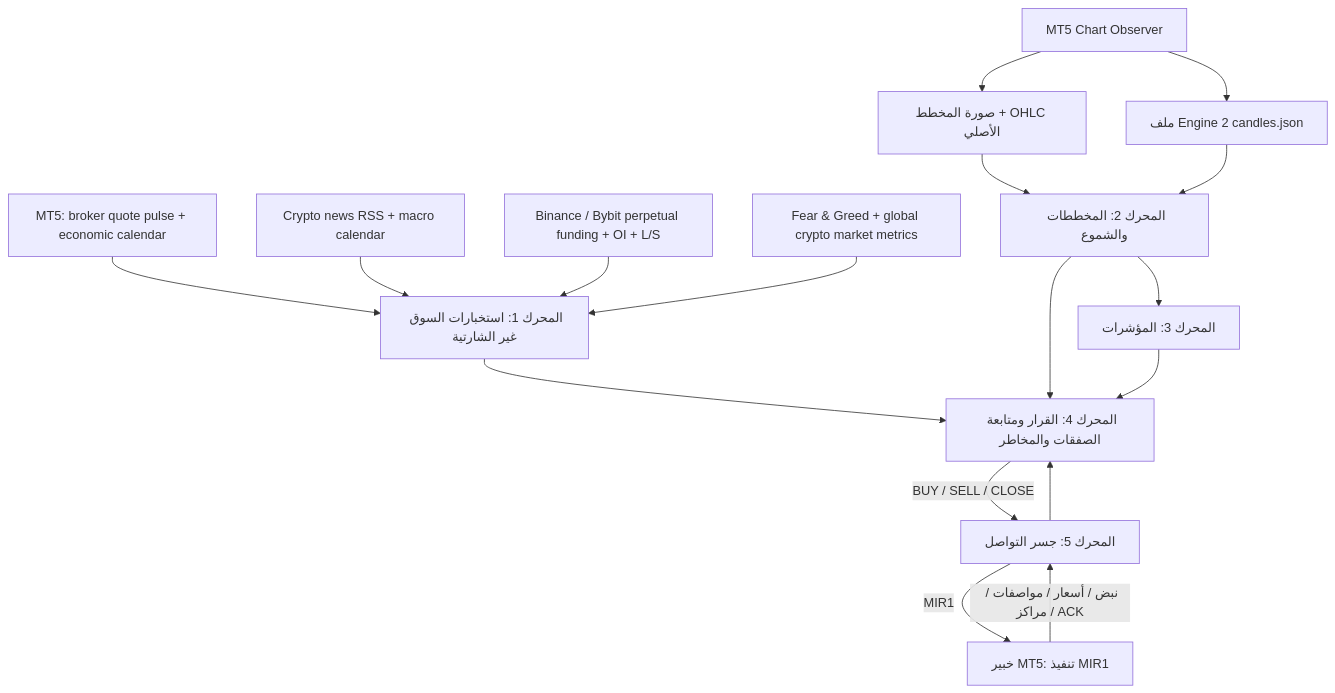
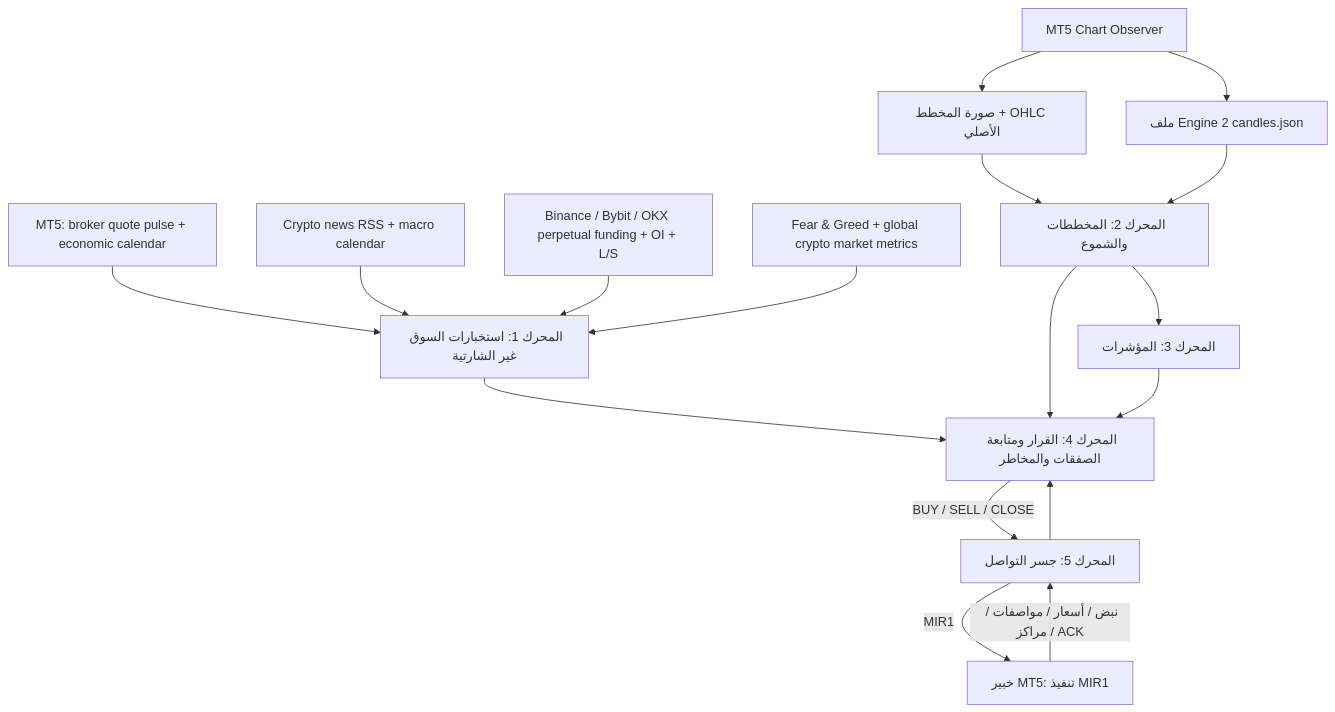
Before and after one commit to staryuzar/-: the diagram in Mirsad_BTC/ARCHITECTURE_AR.md, drawn with Mermaid. The commit also changed other lines of this file and 4 other files, not shown here.

````diff
--- a/Mirsad_BTC/ARCHITECTURE_AR.md
+++ b/Mirsad_BTC/ARCHITECTURE_AR.md
@@ -7,32 +7,32 @@
 ```mermaid
 flowchart TB
   MT5["MT5: broker quote pulse + economic calendar"]
   RSS["Crypto news RSS + macro calendar"]
-  DERIV["Binance / Bybit perpetual funding + OI + L/S"]
+  DERIV["Binance / Bybit / OKX perpetual funding + OI + L/S"]
   SENT["Fear & Greed + global crypto market metrics"]
   M1["المحرك 1: استخبارات السوق غير الشارتية"]
   OBS["MT5 Chart Observer"]
   IMG["صورة المخطط + OHLC الأصلي"]
   CANDLES["ملف Engine 2 candles.json"]
   M2["المحرك 2: المخططات والشموع"]
   M3["المحرك 3: المؤشرات"]
   D["المحرك 4: القرار ومتابعة الصفقات والمخاطر"]
   B["المحرك 5: جسر التواصل"]
   EA["خبير MT5: تنفيذ MIR1"]
   MT5 --> M1
   RSS --> M1
   DERIV --> M1
   SENT --> M1
   OBS --> IMG
   OBS --> CANDLES
   IMG --> M2
   CANDLES --> M2
   M2 --> M3
   M1 --> D
   M2 --> D
   M3 --> D
   D -->|BUY / SELL / CLOSE| B
   B -->|MIR1| EA
   EA -->|نبض / أسعار / مواصفات / مراكز / ACK| B
   B --> D
 ```
````
